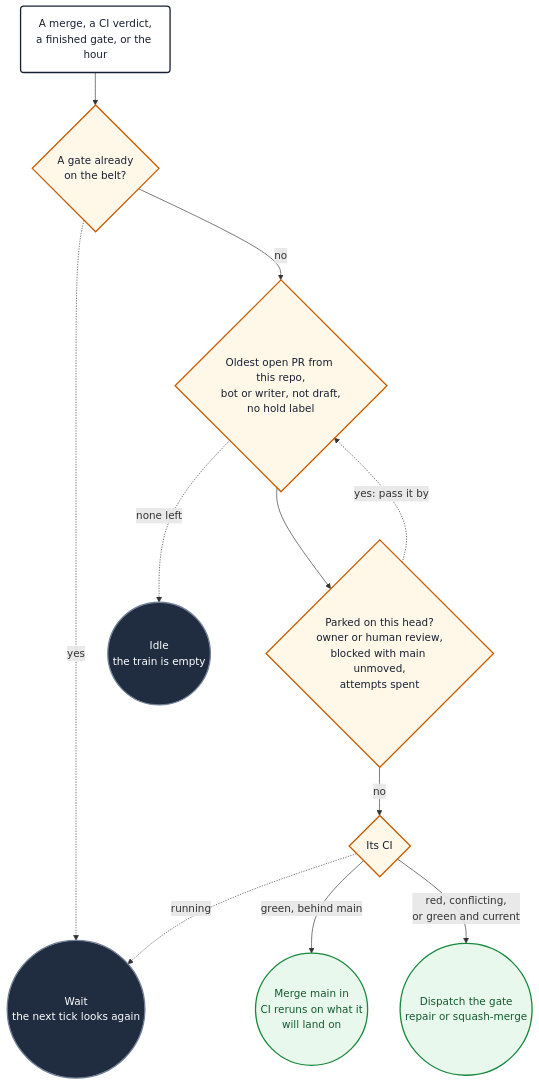
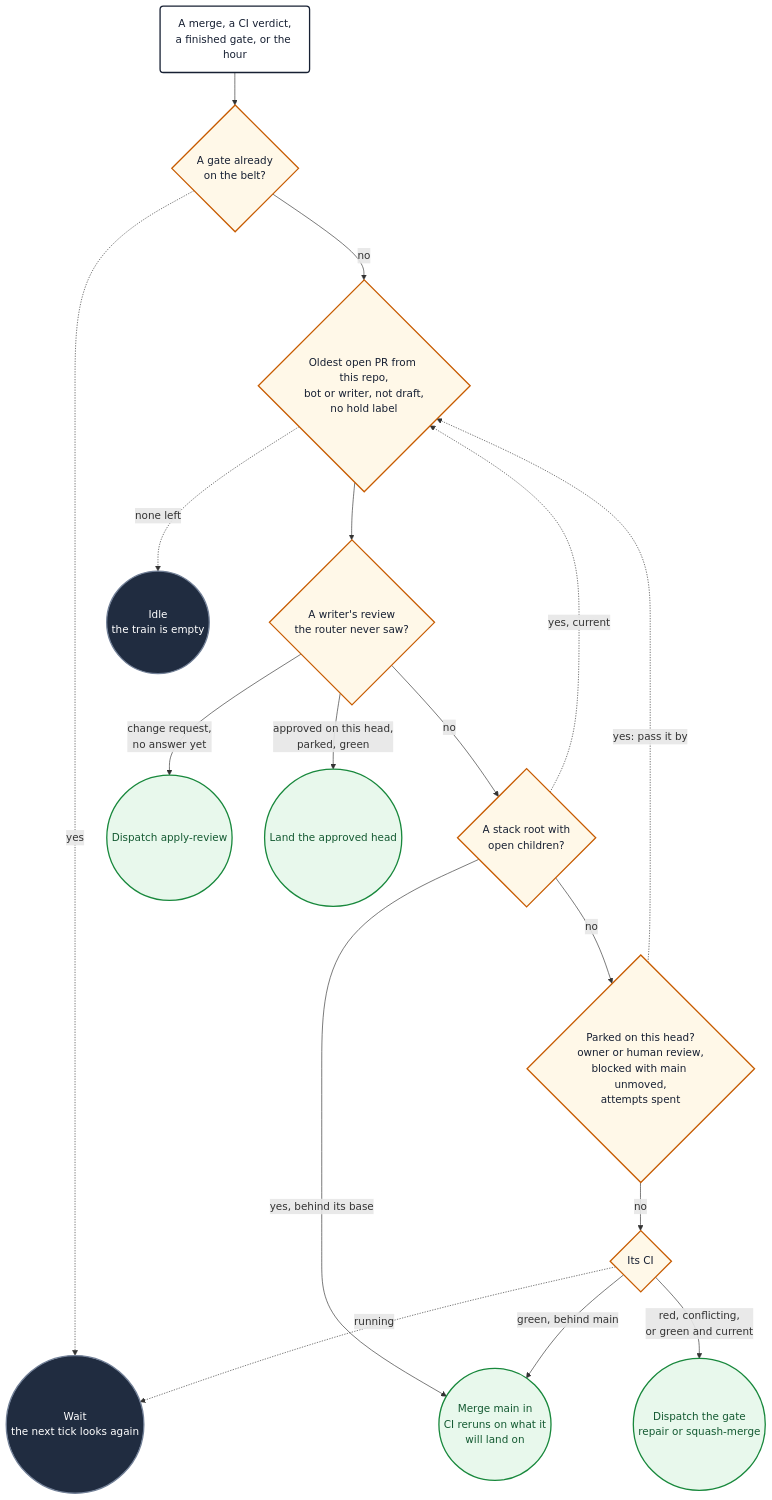
One commit to PlainConceptsPlatform/agentic-workflows changed the third of 16 diagrams in loops/docs/diagrams.md. Above: the diagram before and after it, drawn with Mermaid. The commit also changed other lines of this file and 10 other files, not shown here.

First line of the commit message:
fix: open refused pull requests, answer lost reviews, keep stack roots current; 1.22.0 (#544)

````diff
--- a/loops/docs/diagrams.md
+++ b/loops/docs/diagrams.md
@@ -126,30 +129,40 @@
 ```mermaid
 flowchart TD
     trainTick("A merge, a CI verdict,<br/>a finished gate, or the hour") --> trainLive
     trainLive{"A gate already<br/>on the belt?"}
     trainLive -.->|yes| trainWait
     trainLive -->|no| trainNext
     trainNext{"Oldest open PR from this repo,<br/>bot or writer, not draft,<br/>no hold label"}
     trainNext -.->|"none left"| trainIdle
-    trainNext --> trainPark
+    trainNext --> trainReview
+    trainReview{"A writer's review<br/>the router never saw?"}
+    trainReview -->|"change request,<br/>no answer yet"| trainApply
+    trainReview -->|"approved on this head,<br/>parked, green"| trainLand
+    trainReview -->|no| trainRoot
+    trainRoot{"A stack root with<br/>open children?"}
+    trainRoot -->|"yes, behind its base"| trainUpdate
+    trainRoot -.->|"yes, current"| trainNext
+    trainRoot -->|no| trainPark
     trainPark{"Parked on this head?<br/>owner or human review,<br/>blocked with main unmoved,<br/>attempts spent"}
     trainPark -.->|"yes: pass it by"| trainNext
     trainPark -->|no| trainCi
     trainCi{"Its CI"}
     trainCi -.->|running| trainWait
     trainCi -->|"green, behind main"| trainUpdate
     trainCi -->|"red, conflicting,<br/>or green and current"| trainGate
     trainUpdate(("Merge main in<br/>CI reruns on what it<br/>will land on"))
     trainGate(("Dispatch the gate<br/>repair or squash-merge"))
+    trainApply(("Dispatch apply-review"))
+    trainLand(("Land the approved head"))
     trainWait(("Wait<br/>the next tick looks again"))
     trainIdle(("Idle<br/>the train is empty"))
 
     classDef start fill:#ffffff,stroke:#172033,stroke-width:2px,color:#172033
     classDef decision fill:#fff8e8,stroke:#c75b00,stroke-width:2px,color:#172033
     classDef idle fill:#202c40,stroke:#738198,stroke-width:2px,color:#ffffff
     classDef success fill:#e8f8ec,stroke:#18883c,stroke-width:2px,color:#145a32
     class trainTick start
-    class trainLive,trainNext,trainPark,trainCi decision
+    class trainLive,trainNext,trainReview,trainRoot,trainPark,trainCi decision
     class trainWait,trainIdle idle
-    class trainUpdate,trainGate success
+    class trainUpdate,trainGate,trainApply,trainLand success
 ```
````
